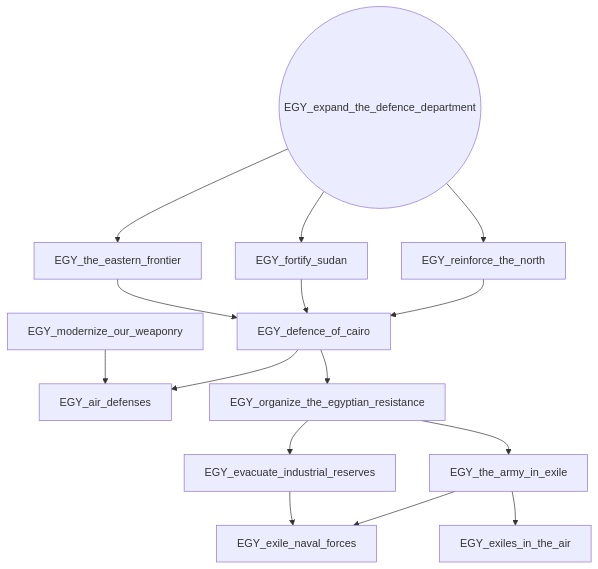
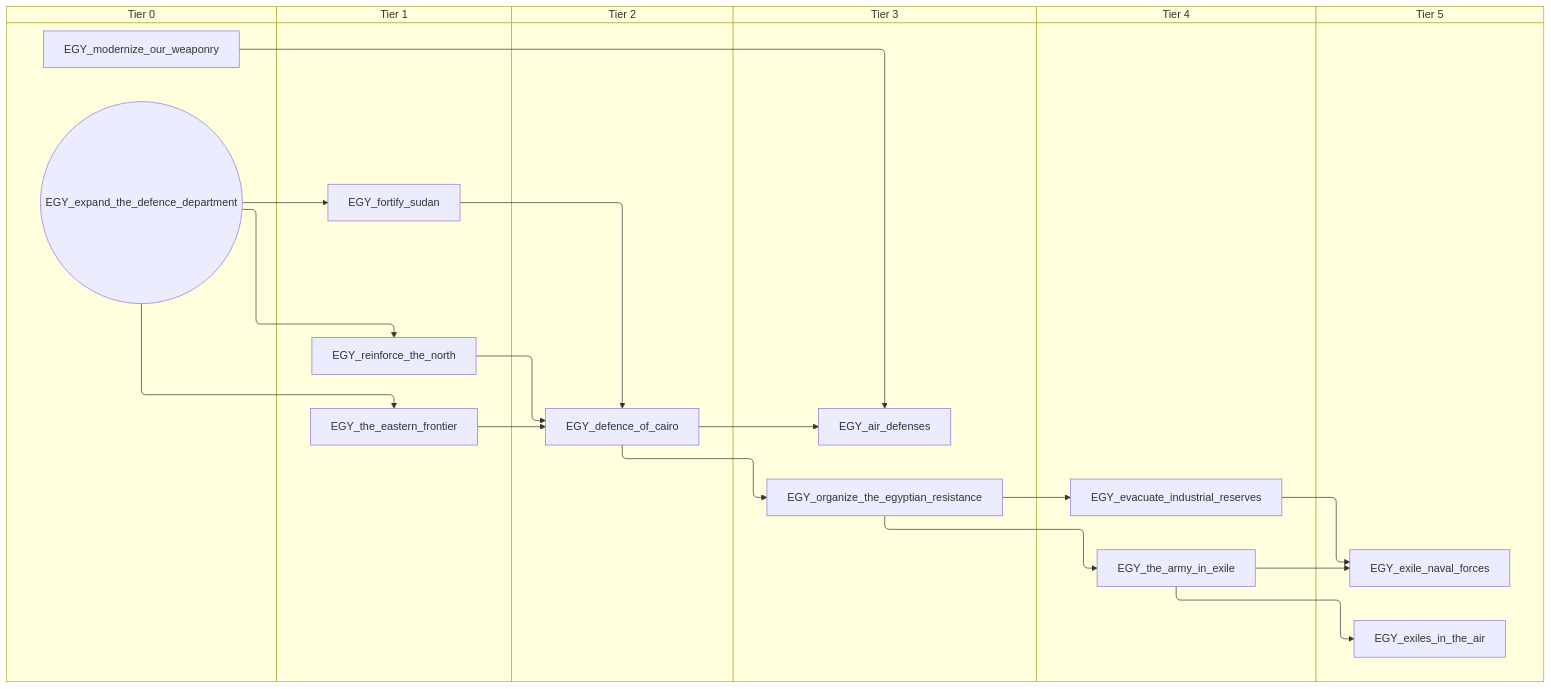
The fifth of 10 diagrams in docs/gdd/National Focuses/r56/egypt.md (evgeny-sobol/hoi4-sandbox-mode-r56), drawn with Mermaid before and after one commit. The commit also changed other lines of this file and 423 other files, not shown here.

First line of the commit message:
Re-export Rt56 focus trees as swimlane diagrams

````diff
--- a/docs/gdd/National Focuses/r56/egypt.md
+++ b/docs/gdd/National Focuses/r56/egypt.md
@@ -108,29 +144,41 @@
 ```mermaid
-flowchart TD
-    n17["EGY_air_defenses"]
-    n22["EGY_defence_of_cairo"]
-    n34["EGY_evacuate_industrial_reserves"]
-    n35["EGY_exile_naval_forces"]
-    n36["EGY_exiles_in_the_air"]
-    n37(("EGY_expand_the_defence_department"))
-    n38["EGY_fortify_sudan"]
-    n28["EGY_modernize_our_weaponry"]
-    n39["EGY_organize_the_egyptian_resistance"]
-    n40["EGY_reinforce_the_north"]
-    n41["EGY_the_army_in_exile"]
-    n42["EGY_the_eastern_frontier"]
-    n22 --> n17
-    n28 --> n17
-    n40 --> n22
-    n38 --> n22
-    n42 --> n22
-    n39 --> n34
-    n41 --> n35
+swimlane-beta TD
+    subgraph tier_0["Tier 0"]
+        n34(("EGY_expand_the_defence_department"))
+        n21["EGY_modernize_our_weaponry"]
+    end
+    subgraph tier_1["Tier 1"]
+        n35["EGY_fortify_sudan"]
+        n36["EGY_reinforce_the_north"]
+        n37["EGY_the_eastern_frontier"]
+    end
+    subgraph tier_2["Tier 2"]
+        n17["EGY_defence_of_cairo"]
+    end
+    subgraph tier_3["Tier 3"]
+        n22["EGY_air_defenses"]
+        n38["EGY_organize_the_egyptian_resistance"]
+    end
+    subgraph tier_4["Tier 4"]
+        n39["EGY_evacuate_industrial_reserves"]
+        n40["EGY_the_army_in_exile"]
+    end
+    subgraph tier_5["Tier 5"]
+        n41["EGY_exile_naval_forces"]
+        n42["EGY_exiles_in_the_air"]
+    end
+    n17 --> n22
+    n21 --> n22
+    n36 --> n17
+    n35 --> n17
+    n37 --> n17
+    n38 --> n39
+    n40 --> n41
+    n39 --> n41
+    n40 --> n42
     n34 --> n35
-    n41 --> n36
-    n37 --> n38
-    n22 --> n39
-    n37 --> n40
-    n39 --> n41
-    n37 --> n42
+    n17 --> n38
+    n34 --> n36
+    n38 --> n40
+    n34 --> n37
 ```
````
